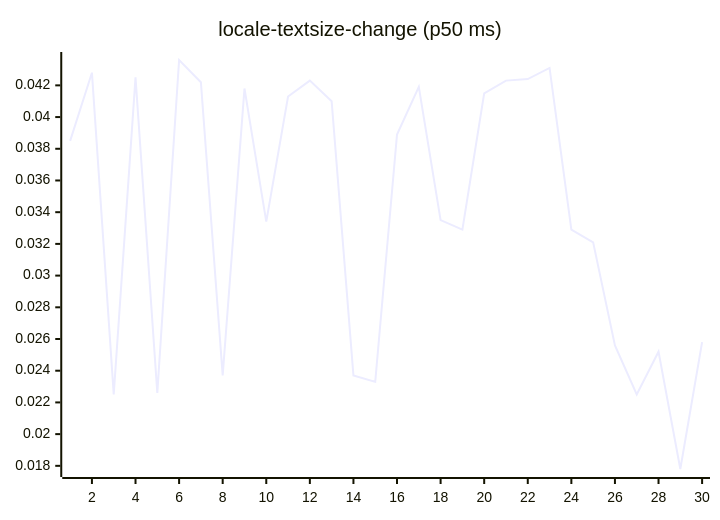
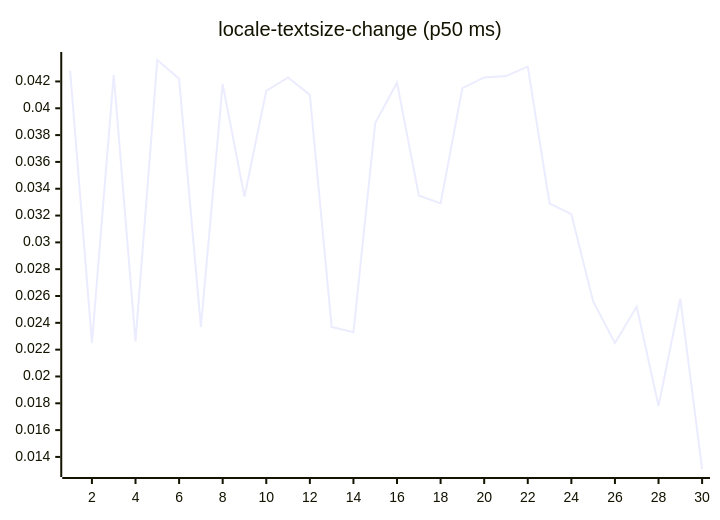
Diagram 13 of 27 in README.md (josha/Facet), drawn with Mermaid before and after one commit. The commit also changed other lines of this file and 2 other files, not shown here.

````diff
--- a/README.md
+++ b/README.md
@@ -147,6 +147,6 @@
 ```mermaid
 xychart-beta
     title "locale-textsize-change (p50 ms)"
     x-axis 1 --> 30
-    line [0.0385, 0.0428, 0.0225, 0.0425, 0.0226, 0.0436, 0.0422, 0.0237, 0.0418, 0.0334, 0.0413, 0.0423, 0.0410, 0.0237, 0.0233, 0.0389, 0.0419, 0.0335, 0.0329, 0.0415, 0.0423, 0.0424, 0.0431, 0.0329, 0.0321, 0.0256, 0.0225, 0.0252, 0.0178, 0.0258]
+    line [0.0428, 0.0225, 0.0425, 0.0226, 0.0436, 0.0422, 0.0237, 0.0418, 0.0334, 0.0413, 0.0423, 0.0410, 0.0237, 0.0233, 0.0389, 0.0419, 0.0335, 0.0329, 0.0415, 0.0423, 0.0424, 0.0431, 0.0329, 0.0321, 0.0256, 0.0225, 0.0252, 0.0178, 0.0258, 0.0131]
 ```
````
